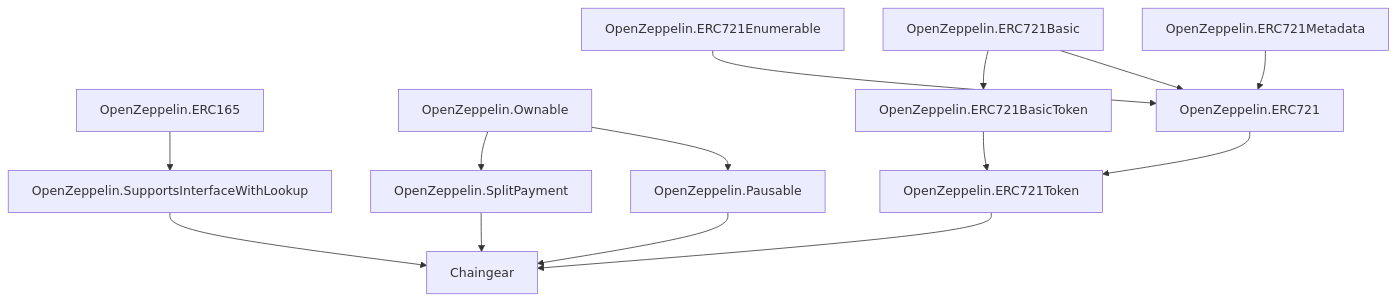
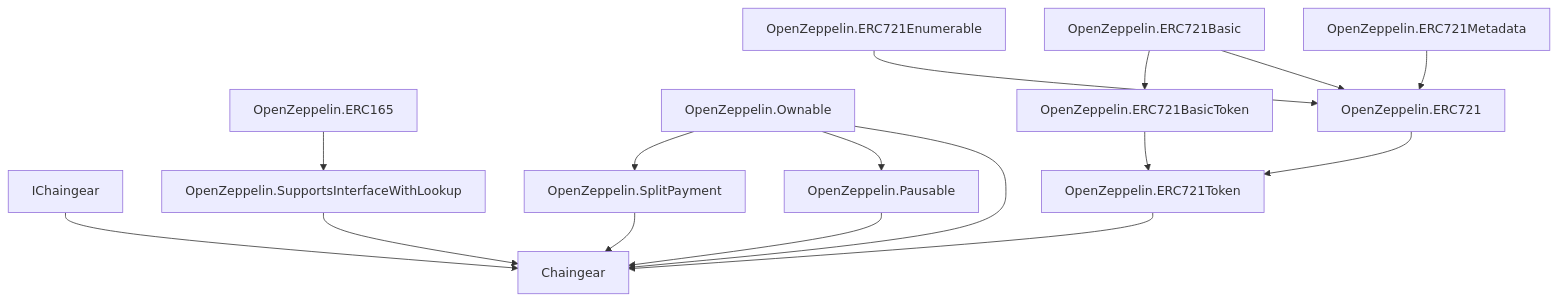
One commit to cybercongress/chaingear changed the diagram in docs/mermaid/origin/contracts-chaingear_inheritance.mmd. Above: the diagram before and after it, drawn with Mermaid. The commit also changed 51 other files, not shown here.

```diff
--- a/docs/mermaid/origin/contracts-chaingear_inheritance.mmd
+++ b/docs/mermaid/origin/contracts-chaingear_inheritance.mmd
@@ -1,14 +1,16 @@
 graph TD;
+    IChaingear-->Chaingear;
     OpenZeppelin.ERC721Token-->Chaingear;
     OpenZeppelin.SplitPayment-->Chaingear;
     OpenZeppelin.Pausable-->Chaingear;
     OpenZeppelin.SupportsInterfaceWithLookup-->Chaingear;
     OpenZeppelin.ERC165-->OpenZeppelin.SupportsInterfaceWithLookup;
     OpenZeppelin.Ownable-->OpenZeppelin.SplitPayment;
     OpenZeppelin.Ownable-->OpenZeppelin.Pausable;
+    OpenZeppelin.Ownable-->Chaingear;
     OpenZeppelin.ERC721-->OpenZeppelin.ERC721Token;
     OpenZeppelin.ERC721BasicToken-->OpenZeppelin.ERC721Token;
     OpenZeppelin.ERC721Basic-->OpenZeppelin.ERC721BasicToken;
     OpenZeppelin.ERC721Basic-->OpenZeppelin.ERC721;
     OpenZeppelin.ERC721Enumerable-->OpenZeppelin.ERC721;
     OpenZeppelin.ERC721Metadata-->OpenZeppelin.ERC721;
```
